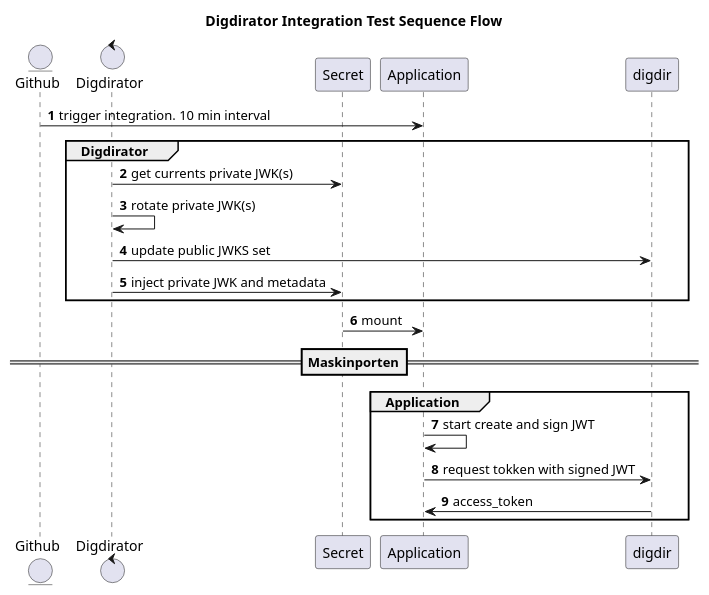
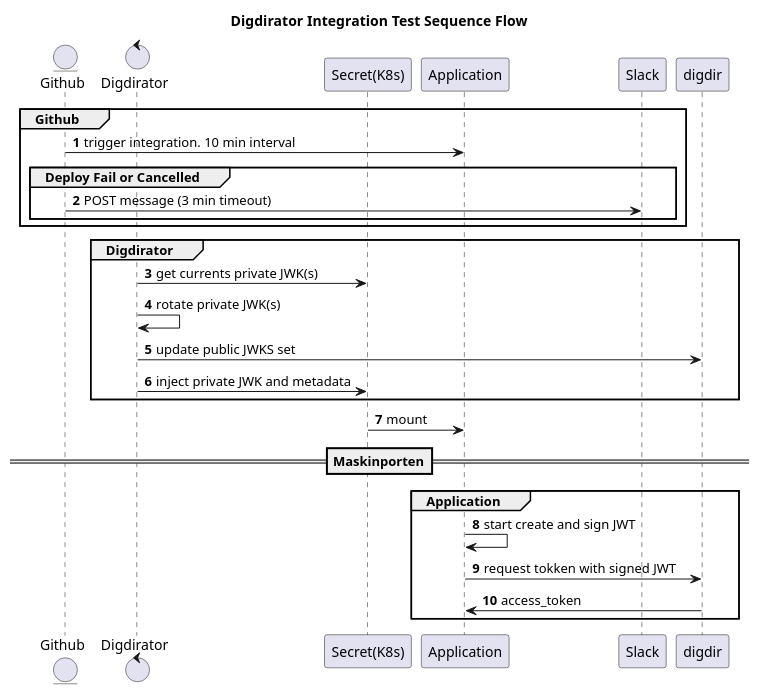
The diagram in docs/sequence.puml (navikt/digdirator-maskinporten), drawn with PlantUML before and after one commit. The commit also changed 1 other file, not shown here.

Commit message:
update uml

```diff
--- a/docs/sequence.puml
+++ b/docs/sequence.puml
@@ -1,29 +1,35 @@
 @startuml component
 title Digdirator Integration Test Sequence Flow
 skinparam maxMessageSize 300
 autonumber
 
 entity github as "Github"
 control digdirator as "Digdirator"
-participant secret as "Secret"
+participant secret as "Secret(K8s)"
 participant application as "Application"
+participant slack as "Slack"
 
+group Github
 github -> application: trigger integration. 10 min interval
+group Deploy Fail or Cancelled
+github -> slack: POST message (3 min timeout)
+end
+end
 
 group Digdirator
     digdirator -> secret: get currents private JWK(s)
     digdirator -> digdirator: rotate private JWK(s)
     digdirator -> digdir: update public JWKS set
     digdirator -> secret: inject private JWK and metadata
 end
 
  secret -> application: mount
 
 ==Maskinporten==
 group Application
     application -> application: start create and sign JWT
     application -> digdir: request tokken with signed JWT
     digdir -> application: access_token
 end
 
 @enduml
```
